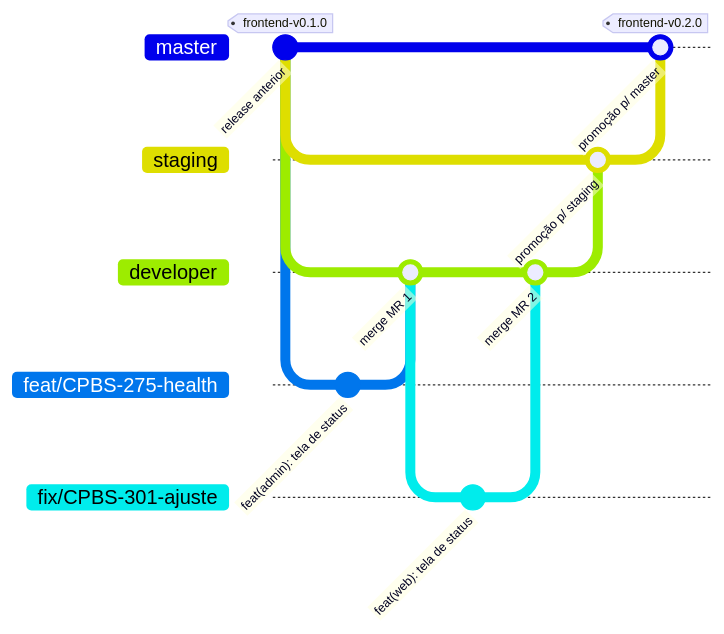
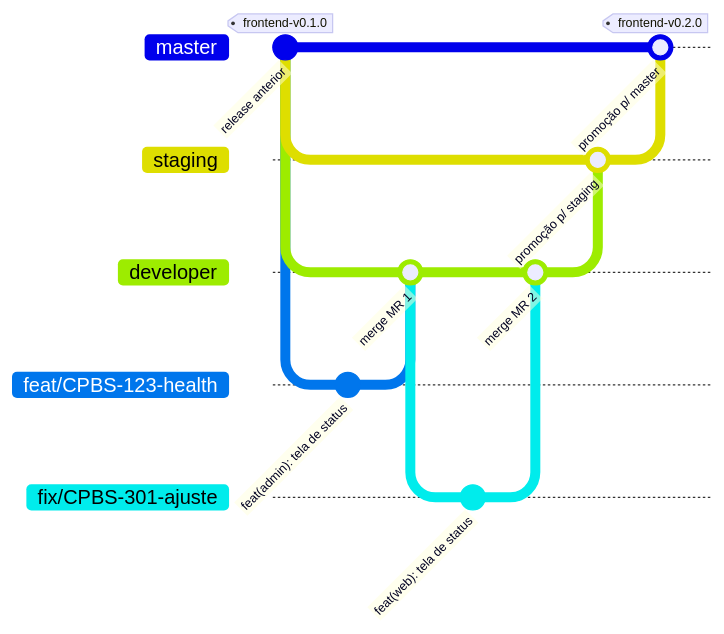
One commit to oseasmoreto/bot-chat changed the second of 5 diagrams in frontend/CONTRIBUTING.md. Above: the diagram before and after it, drawn with Mermaid. The commit also changed other lines of this file and 40 other files, not shown here.

````diff
--- a/frontend/CONTRIBUTING.md
+++ b/frontend/CONTRIBUTING.md
@@ -36,19 +36,19 @@
 ```mermaid
 %%{init: {'gitGraph': {'mainBranchName': 'master'}}}%%
 gitGraph
     commit id: "release anterior" tag: "frontend-v0.1.0"
     branch staging
     branch developer
-    branch feat/CPBS-275-health
+    branch feat/CPBS-123-health
     commit id: "feat(admin): tela de status"
     checkout developer
-    merge feat/CPBS-275-health id: "merge MR 1"
+    merge feat/CPBS-123-health id: "merge MR 1"
     branch fix/CPBS-301-ajuste
     commit id: "feat(web): tela de status"
     checkout developer
     merge fix/CPBS-301-ajuste id: "merge MR 2"
     checkout staging
     merge developer id: "promoção p/ staging"
     checkout master
     merge staging id: "promoção p/ master" tag: "frontend-v0.2.0"
 ```
````
